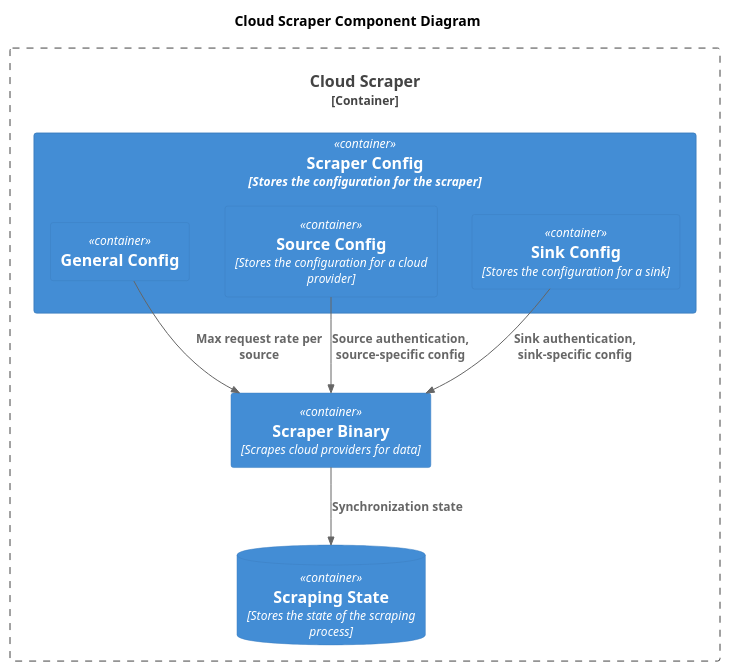
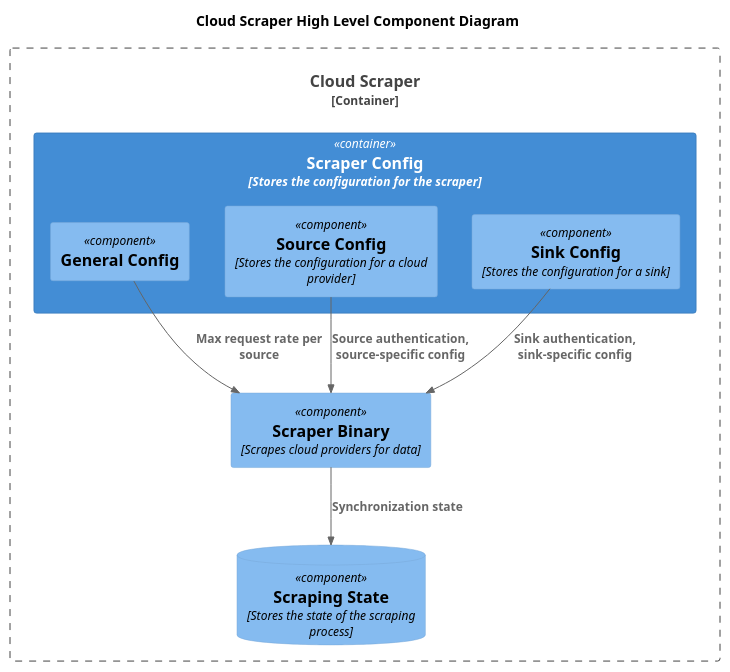
One commit to rob-h-w/cloud-scraper changed the diagram in diagrams/component.puml. Above: the diagram before and after it, drawn with PlantUML.

Commit message:
Tweak the Component Diagram
To use components where appropriate.

```diff
--- a/diagrams/component.puml
+++ b/diagrams/component.puml
@@ -1,24 +1,25 @@
 @startuml Component
 
 skinparam backgroundColor white
 
 !include https://raw.githubusercontent.com/plantuml-stdlib/C4-PlantUML/master/C4_Container.puml
+!include https://raw.githubusercontent.com/plantuml-stdlib/C4-PlantUML/master/C4_Component.puml
 
-title Cloud Scraper Component Diagram
+title Cloud Scraper High Level Component Diagram
 
 Container_Boundary(cloud_scraper, "Cloud Scraper") {
-    Container(scraper, "Scraper Binary", "Scrapes cloud providers for data")
-    ContainerDb(state, "Scraping State", "Stores the state of the scraping process")
+    Component(scraper, "Scraper Binary", "Scrapes cloud providers for data")
+    ComponentDb(state, "Scraping State", "Stores the state of the scraping process")
     Container(config, "Scraper Config", "Stores the configuration for the scraper") {
-        Container(general_config, "General Config")
-        Container(source_config, "Source Config", "Stores the configuration for a cloud provider")
-        Container(sink_config, "Sink Config", "Stores the configuration for a sink")
+        Component(general_config, "General Config")
+        Component(source_config, "Source Config", "Stores the configuration for a cloud provider")
+        Component(sink_config, "Sink Config", "Stores the configuration for a sink")
     }
 }
 
 Rel(scraper, state, "Synchronization state")
 Rel(general_config, scraper, "Max request rate per source")
 Rel(source_config, scraper, "Source authentication, source-specific config")
 Rel(sink_config, scraper, "Sink authentication, sink-specific config")
 
 @enduml
```
